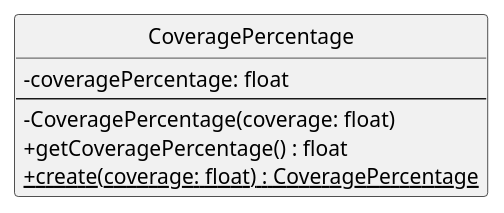
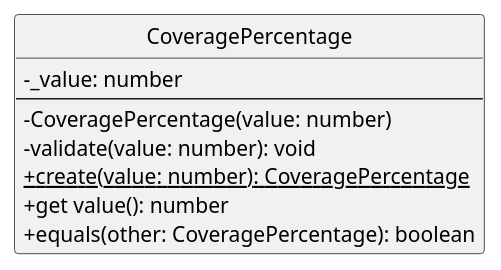
Before and after one commit to SkarabGroup/DocumentazioneProgetto: the diagram in assets/st_diagrams/code/plantuml/analysis/domain/valueObjects/coveragePercentage.vo.plantuml, drawn with PlantUML. The commit also changed 88 other files, not shown here.

```diff
--- a/assets/st_diagrams/code/plantuml/analysis/domain/valueObjects/coveragePercentage.vo.plantuml
+++ b/assets/st_diagrams/code/plantuml/analysis/domain/valueObjects/coveragePercentage.vo.plantuml
@@ -1,18 +1,18 @@
 @startuml CoveragePercentage
-
 skinparam componentStyle uml2.5
 skinparam linetype ortho
-skinparam nodesep auto
-skinparam ranksep 70
+skinparam nodesep 30
+skinparam ranksep 30
 skinparam ClassAttributeIconSize 0
 hide circles
 
 class CoveragePercentage {
-    - coveragePercentage: float
+    - _value: number
     ---
-    - CoveragePercentage(coverage: float)
-    + getCoveragePercentage() : float
-    + {static} create(coverage: float) : CoveragePercentage
+    - CoveragePercentage(value: number)
+    - validate(value: number): void
+    + {static} create(value: number): CoveragePercentage
+    + get value(): number
+    + equals(other: CoveragePercentage): boolean
 }
-
 @enduml
```
